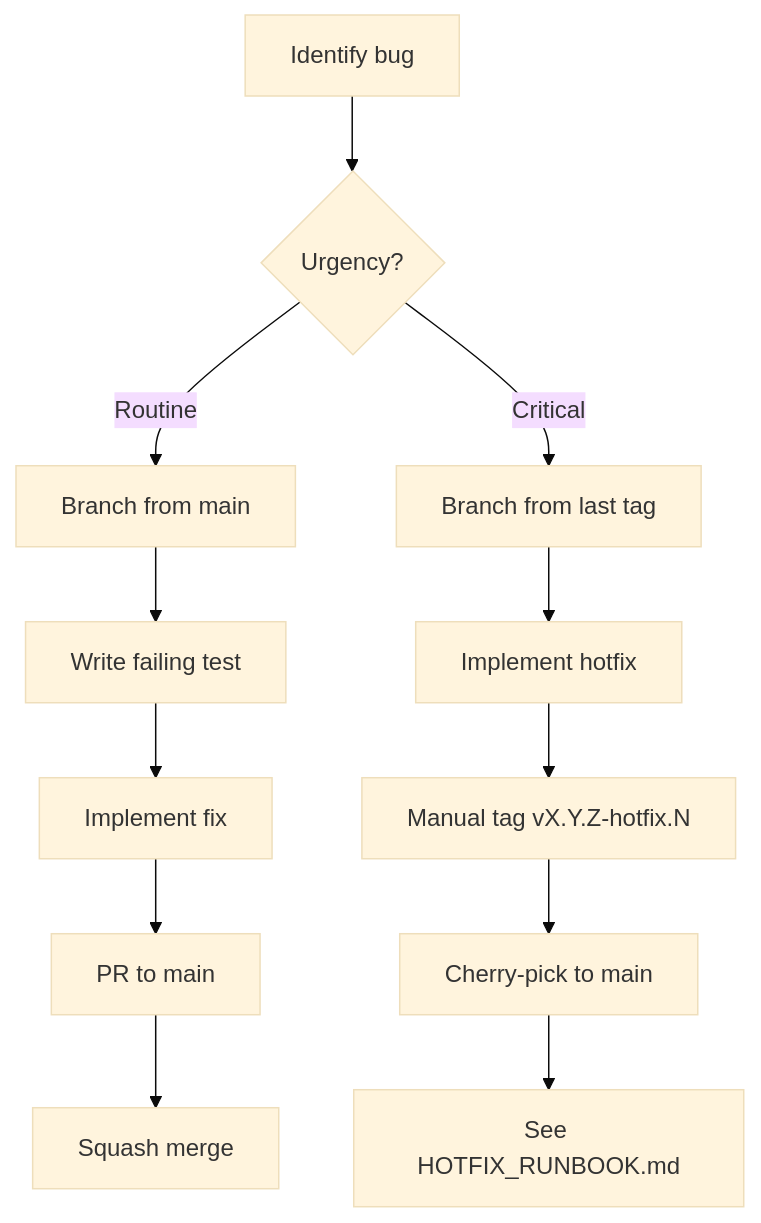
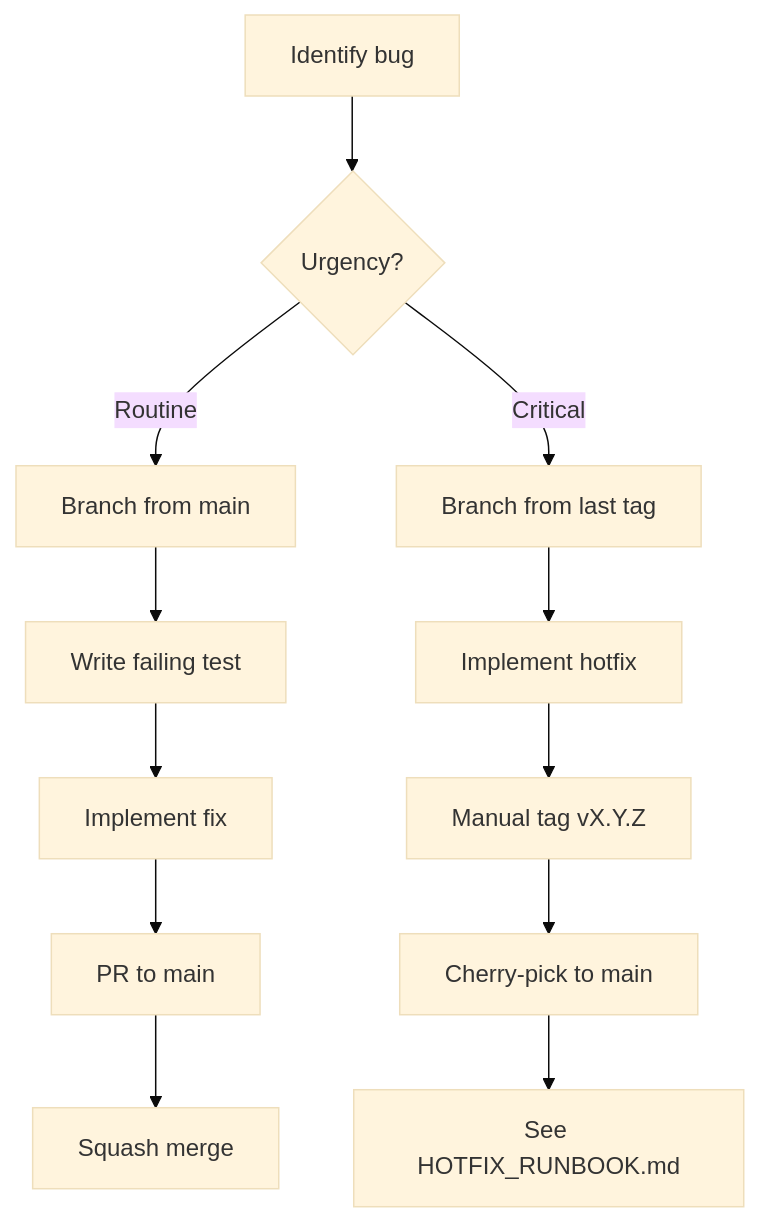
The first of 3 diagrams in development/GIT_FLOW.md (mcp-hangar/docs), drawn with Mermaid (base theme) before and after one commit. The commit also changed other lines of this file and 7 other files, not shown here.

````diff
--- a/development/GIT_FLOW.md
+++ b/development/GIT_FLOW.md
@@ -126,14 +133,14 @@
 ```mermaid
 flowchart TD
     A[Identify bug] --> B{Urgency?}
     B -- Routine --> C[Branch from main]
     C --> D[Write failing test]
     D --> E[Implement fix]
     E --> F[PR to main]
     F --> G[Squash merge]
     B -- Critical --> H[Branch from last tag]
     H --> I[Implement hotfix]
-    I --> J[Manual tag vX.Y.Z-hotfix.N]
+    I --> J[Manual tag vX.Y.Z]
     J --> K[Cherry-pick to main]
      K --> L[See HOTFIX_RUNBOOK.md]
 ```
````
